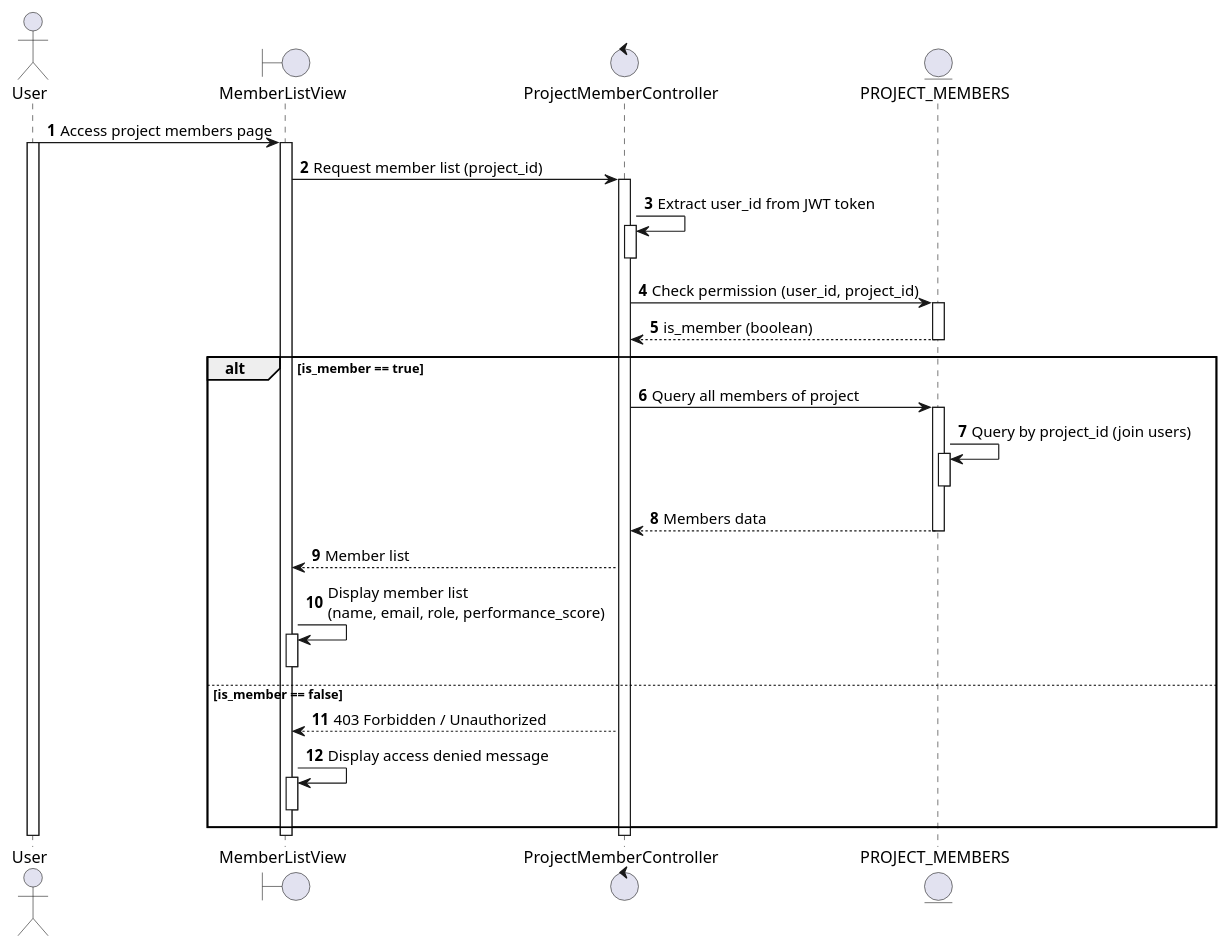
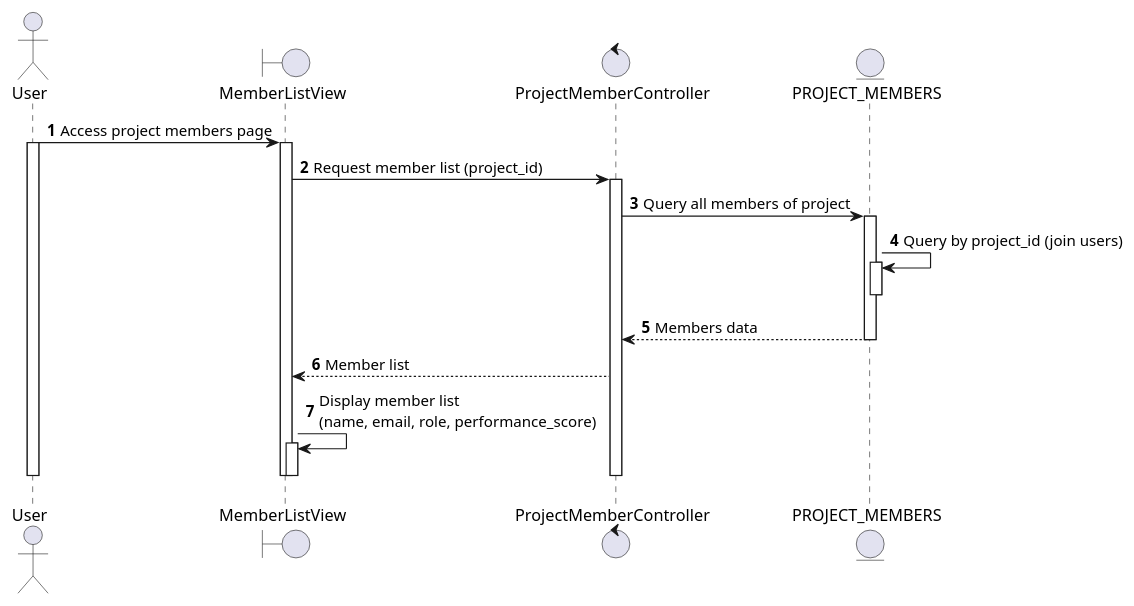
One commit to taskpilot-platform/taskpilot-platform.github.io changed the diagram in docs/docs/sequence/project-members/view-project-member-list.md. Above: the diagram before and after it, drawn with PlantUML. The commit also changed 65 other files, not shown here.

Commit message:
docs: Add new sequence diagrams for various platform functionalities including project, task, sprint, user, and AI assistant management.

````diff
--- a/docs/docs/sequence/project-members/view-project-member-list.md
+++ b/docs/docs/sequence/project-members/view-project-member-list.md
@@ -3,54 +3,36 @@
 ```plantuml
 @startuml
 autonumber
 
 actor User as U
 boundary MemberListView as MLV
 control ProjectMemberController as PMC
 entity PROJECT_MEMBERS as PM
 
 U -> MLV: Access project members page
 activate U
 activate MLV
 
 MLV -> PMC: Request member list (project_id)
 activate PMC
 
-PMC -> PMC: Extract user_id from JWT token
-activate PMC
-deactivate PMC
-
-PMC -> PM: Check permission (user_id, project_id)
+PMC -> PM: Query all members of project
 activate PM
-PMC <-- PM: is_member (boolean)
+PM -> PM: Query by project_id (join users)
+activate PM
+deactivate PM
+PMC <-- PM: Members data
 deactivate PM
 
-alt is_member == true
-    PMC -> PM: Query all members of project
-    activate PM
-    PM -> PM: Query by project_id (join users)
-    activate PM
-    deactivate PM
-    PMC <-- PM: Members data
-    deactivate PM
-    
-    MLV <-- PMC: Member list
-    
-    MLV -> MLV: Display member list\n(name, email, role, performance_score)
-    activate MLV
-    deactivate MLV
-    
-else is_member == false
-    MLV <-- PMC: 403 Forbidden / Unauthorized
-    
-    MLV -> MLV: Display access denied message
-    activate MLV
-    deactivate MLV
-end
+MLV <-- PMC: Member list
+
+MLV -> MLV: Display member list\n(name, email, role, performance_score)
+activate MLV
+deactivate MLV
 
 deactivate PMC
 deactivate MLV
 deactivate U
 
 @enduml
 ```
````
